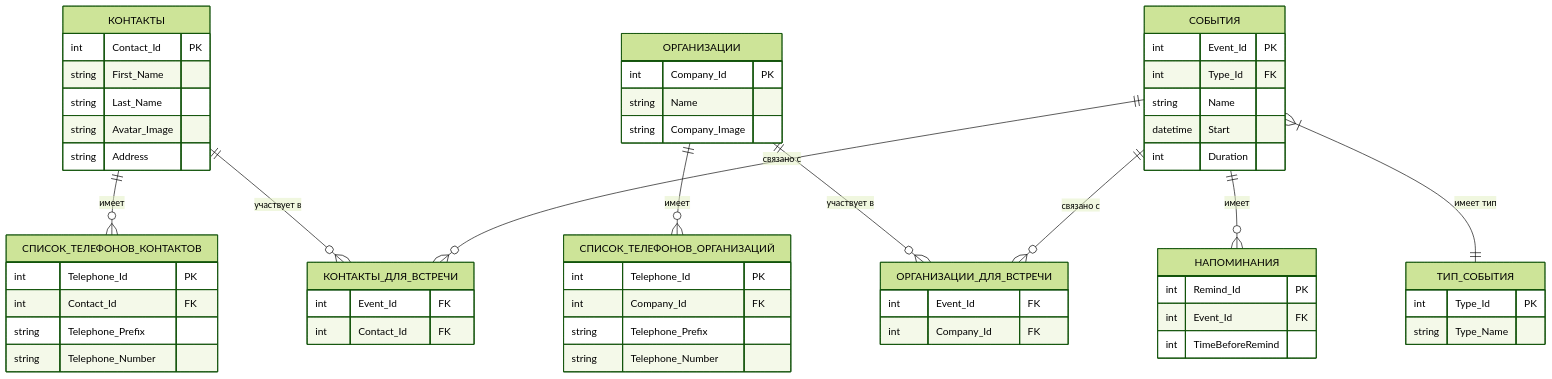
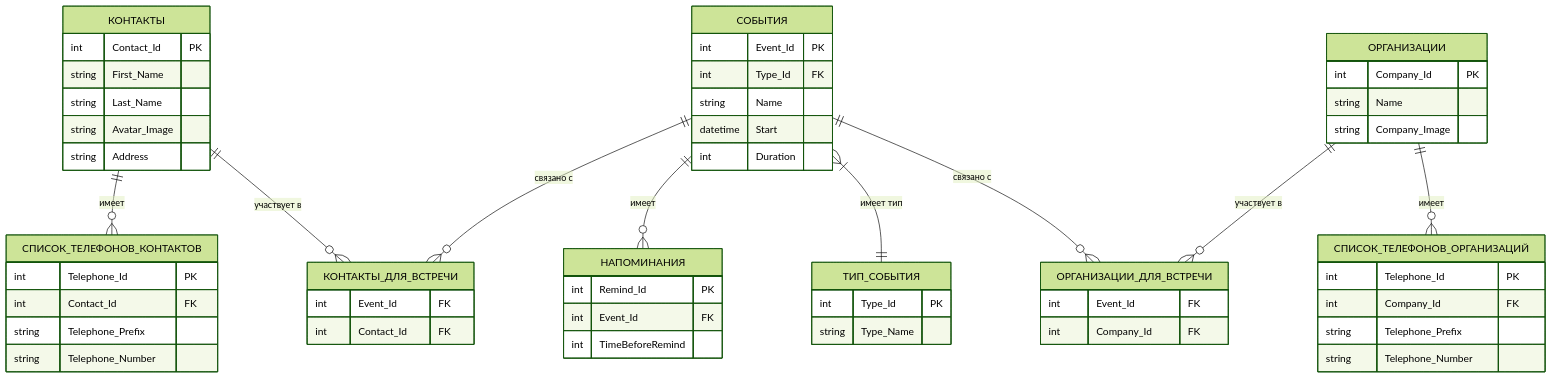
Before and after one commit to Karo4a/Software-Development-Technology: the diagram in README.md, drawn with Mermaid (forest theme). The commit also changed other lines of this file, not shown here.

````diff
--- a/README.md
+++ b/README.md
@@ -18,68 +18,68 @@
 ```mermaid
 erDiagram
     КОНТАКТЫ ||--o{ СПИСОК_ТЕЛЕФОНОВ_КОНТАКТОВ : "имеет"
     КОНТАКТЫ ||--o{ КОНТАКТЫ_ДЛЯ_ВСТРЕЧИ : "участвует в"
+    СОБЫТИЯ ||--o{ НАПОМИНАНИЯ : "имеет"
+    СОБЫТИЯ ||--o{ КОНТАКТЫ_ДЛЯ_ВСТРЕЧИ : "связано с"
+    СОБЫТИЯ }|--|| ТИП_СОБЫТИЯ : "имеет тип"
+    СОБЫТИЯ ||--o{ ОРГАНИЗАЦИИ_ДЛЯ_ВСТРЕЧИ : "связано с"
     ОРГАНИЗАЦИИ ||--o{ СПИСОК_ТЕЛЕФОНОВ_ОРГАНИЗАЦИЙ : "имеет"
     ОРГАНИЗАЦИИ ||--o{ ОРГАНИЗАЦИИ_ДЛЯ_ВСТРЕЧИ : "участвует в"
-    СОБЫТИЯ ||--o{ НАПОМИНАНИЯ : "имеет"
-    СОБЫТИЯ ||--o{ КОНТАКТЫ_ДЛЯ_ВСТРЕЧИ : "связано с"
-    СОБЫТИЯ ||--o{ ОРГАНИЗАЦИИ_ДЛЯ_ВСТРЕЧИ : "связано с"
-    СОБЫТИЯ }|--|| ТИП_СОБЫТИЯ : "имеет тип"
 
     КОНТАКТЫ {
         int Contact_Id PK
         string First_Name
         string Last_Name
         string Avatar_Image
         string Address
     }
 
     СПИСОК_ТЕЛЕФОНОВ_КОНТАКТОВ {
         int Telephone_Id PK
         int Contact_Id FK
         string Telephone_Prefix
         string Telephone_Number
     }
 
     ОРГАНИЗАЦИИ {
         int Company_Id PK
         string Name
         string Company_Image
     }
 
     СПИСОК_ТЕЛЕФОНОВ_ОРГАНИЗАЦИЙ {
         int Telephone_Id PK
         int Company_Id FK
         string Telephone_Prefix
         string Telephone_Number
     }
 
     СОБЫТИЯ {
         int Event_Id PK
         int Type_Id FK
         string Name
         datetime Start
         int Duration
     }
 
     НАПОМИНАНИЯ {
         int Remind_Id PK
         int Event_Id FK
         int TimeBeforeRemind
     }
 
     ТИП_СОБЫТИЯ {
         int Type_Id PK
         string Type_Name
     }
 
     КОНТАКТЫ_ДЛЯ_ВСТРЕЧИ {
         int Event_Id FK
         int Contact_Id FK
     }
 
     ОРГАНИЗАЦИИ_ДЛЯ_ВСТРЕЧИ {
         int Event_Id FK
         int Company_Id FK
     }
 ```
````
